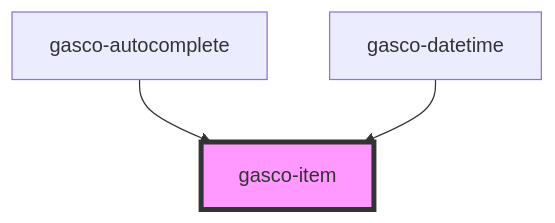
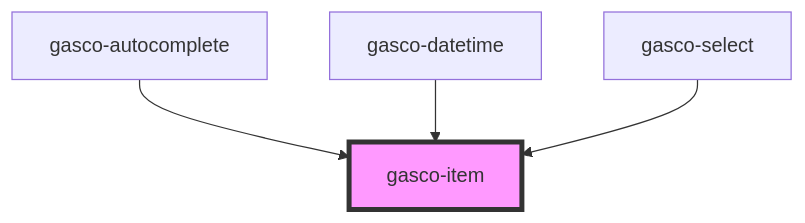
The diagram in core/src/components/gasco-item/readme.md (lac617a/gasco-core), drawn with Mermaid before and after one commit. The commit also changed other lines of this file and 14 other files, not shown here.

````diff
--- a/core/src/components/gasco-item/readme.md
+++ b/core/src/components/gasco-item/readme.md
@@ -99,6 +100,7 @@
 ```mermaid
 graph TD;
   gasco-autocomplete --> gasco-item
   gasco-datetime --> gasco-item
+  gasco-select --> gasco-item
   style gasco-item fill:#f9f,stroke:#333,stroke-width:4px
 ```
````
